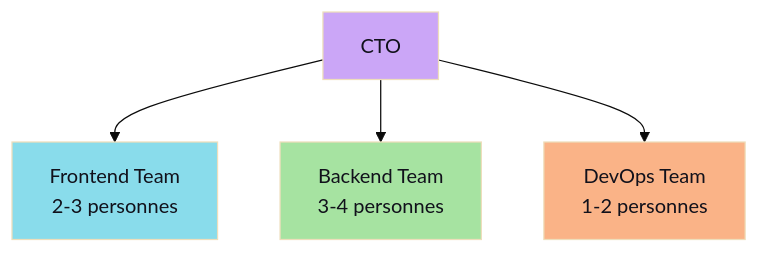
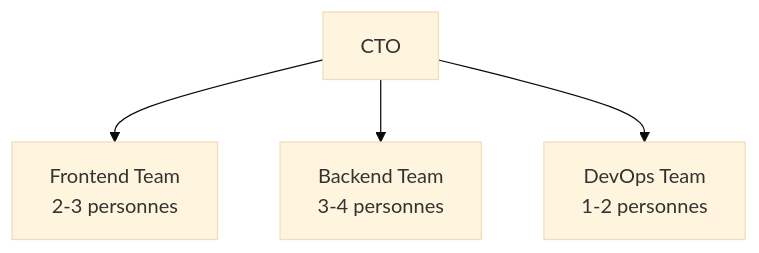
The third of 6 diagrams in src/partie4/chapitre13.md (kdelfour/Ebook_To_be_Or_not_to_be_CTO), drawn with Mermaid (base theme) before and after one commit. The commit also changed other lines of this file, not shown here.

Commit message:
:sparkle: Fix Mermaid style

````diff
--- a/src/partie4/chapitre13.md
+++ b/src/partie4/chapitre13.md
@@ -817,17 +806,12 @@
 ```mermaid
 graph TD
     CTO[CTO]
     
     FE[Frontend Team<br/>2-3 personnes]
     BE[Backend Team<br/>3-4 personnes]
     DO[DevOps Team<br/>1-2 personnes]
     
     CTO --> FE
     CTO --> BE
     CTO --> DO
-    
-    style CTO fill:#cba6f7,color:#11111b
-    style FE fill:#89dceb,color:#11111b
-    style BE fill:#a6e3a1,color:#11111b
-    style DO fill:#fab387,color:#11111b
 ```
````
